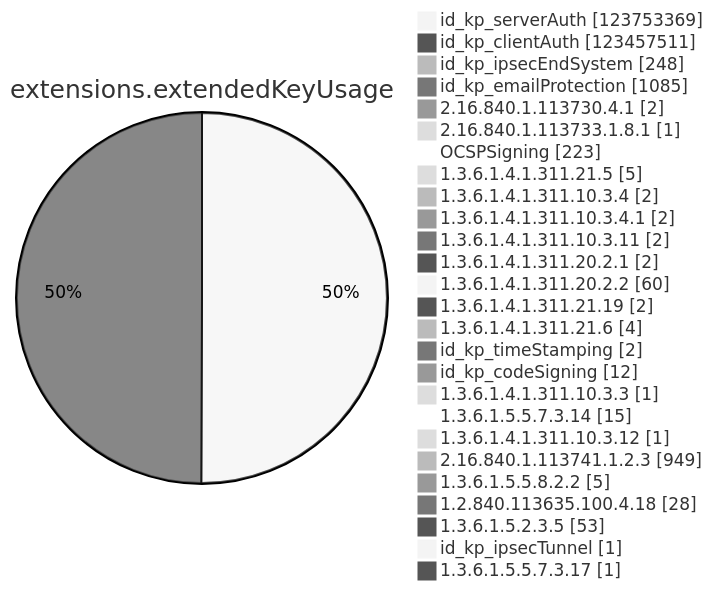
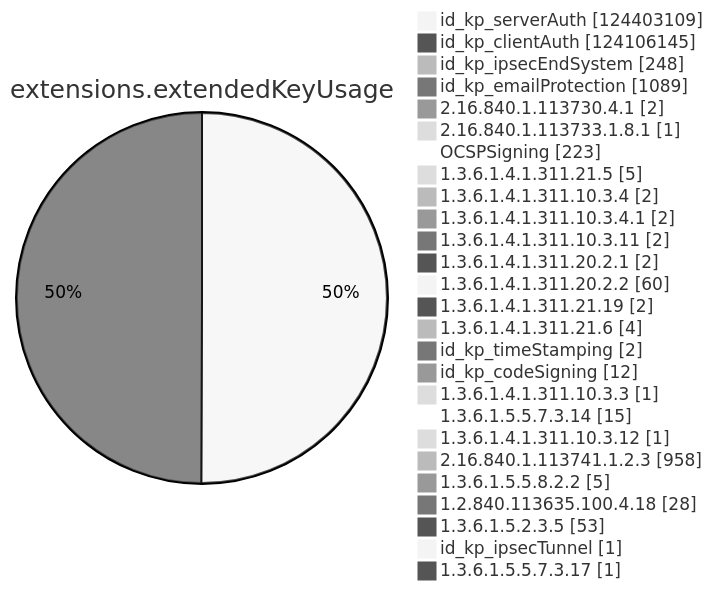
One commit to christiankrug/ctmonitor_visualization changed diagram 11 of 15 in xenon2023/README.md. Above: the diagram before and after it, drawn with Mermaid (neutral theme). The commit also changed other lines of this file, not shown here.

````diff
--- a/xenon2023/README.md
+++ b/xenon2023/README.md
@@ -2697,30 +2701,30 @@
 ```mermaid
 pie showData
 title extensions.extendedKeyUsage
-"id_kp_serverAuth" :123753369
-"id_kp_clientAuth" :123457511
+"id_kp_serverAuth" :124403109
+"id_kp_clientAuth" :124106145
 "id_kp_ipsecEndSystem" :248
-"id_kp_emailProtection" :1085
+"id_kp_emailProtection" :1089
 "2.16.840.1.113730.4.1" :2
 "2.16.840.1.113733.1.8.1" :1
 "OCSPSigning" :223
 "1.3.6.1.4.1.311.21.5" :5
 "1.3.6.1.4.1.311.10.3.4" :2
 "1.3.6.1.4.1.311.10.3.4.1" :2
 "1.3.6.1.4.1.311.10.3.11" :2
 "1.3.6.1.4.1.311.20.2.1" :2
 "1.3.6.1.4.1.311.20.2.2" :60
 "1.3.6.1.4.1.311.21.19" :2
 "1.3.6.1.4.1.311.21.6" :4
 "id_kp_timeStamping" :2
 "id_kp_codeSigning" :12
 "1.3.6.1.4.1.311.10.3.3" :1
 "1.3.6.1.5.5.7.3.14" :15
 "1.3.6.1.4.1.311.10.3.12" :1
-"2.16.840.1.113741.1.2.3" :949
+"2.16.840.1.113741.1.2.3" :958
 "1.3.6.1.5.5.8.2.2" :5
 "1.2.840.113635.100.4.18" :28
 "1.3.6.1.5.2.3.5" :53
 "id_kp_ipsecTunnel" :1
 "1.3.6.1.5.5.7.3.17" :1
 ```
````
